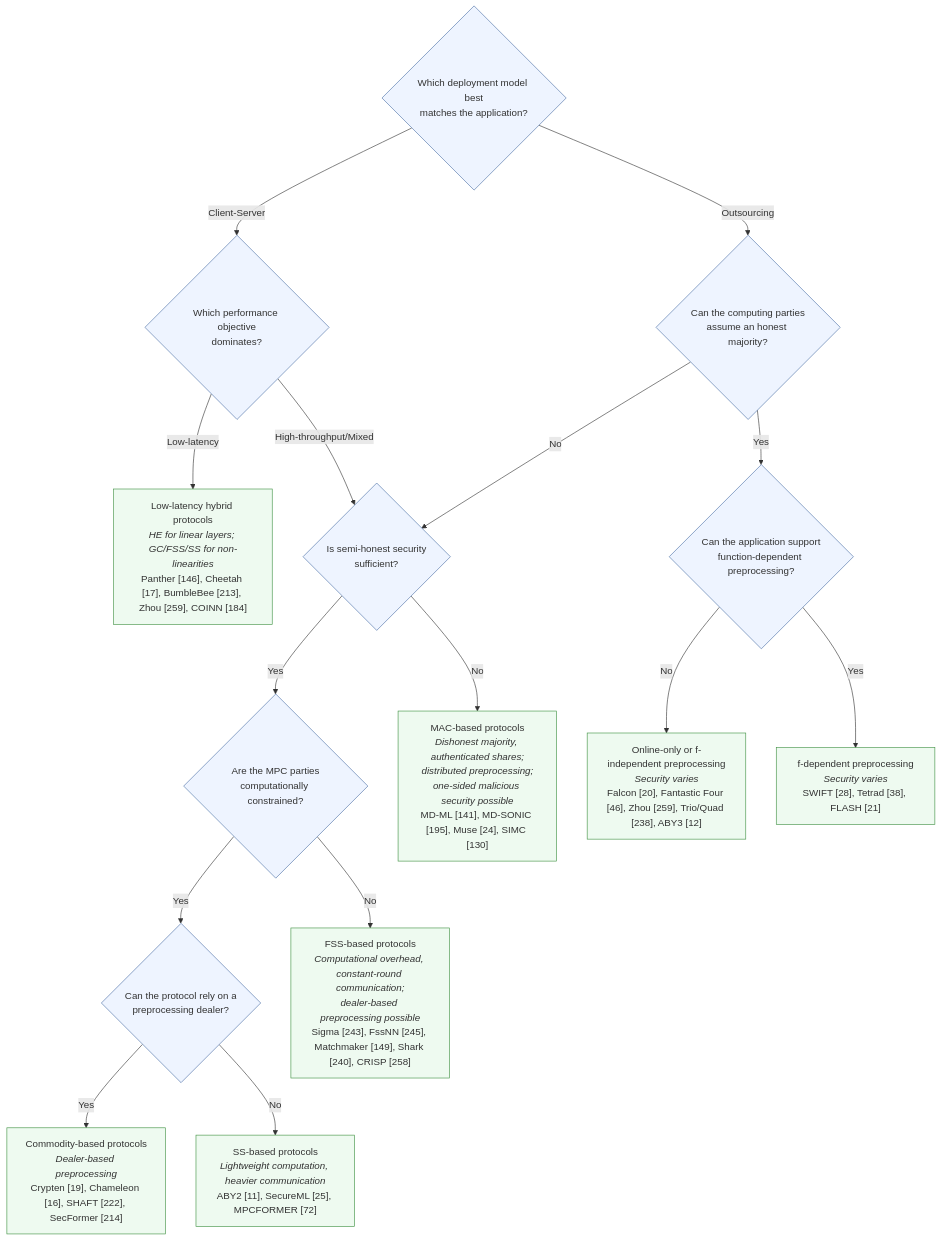
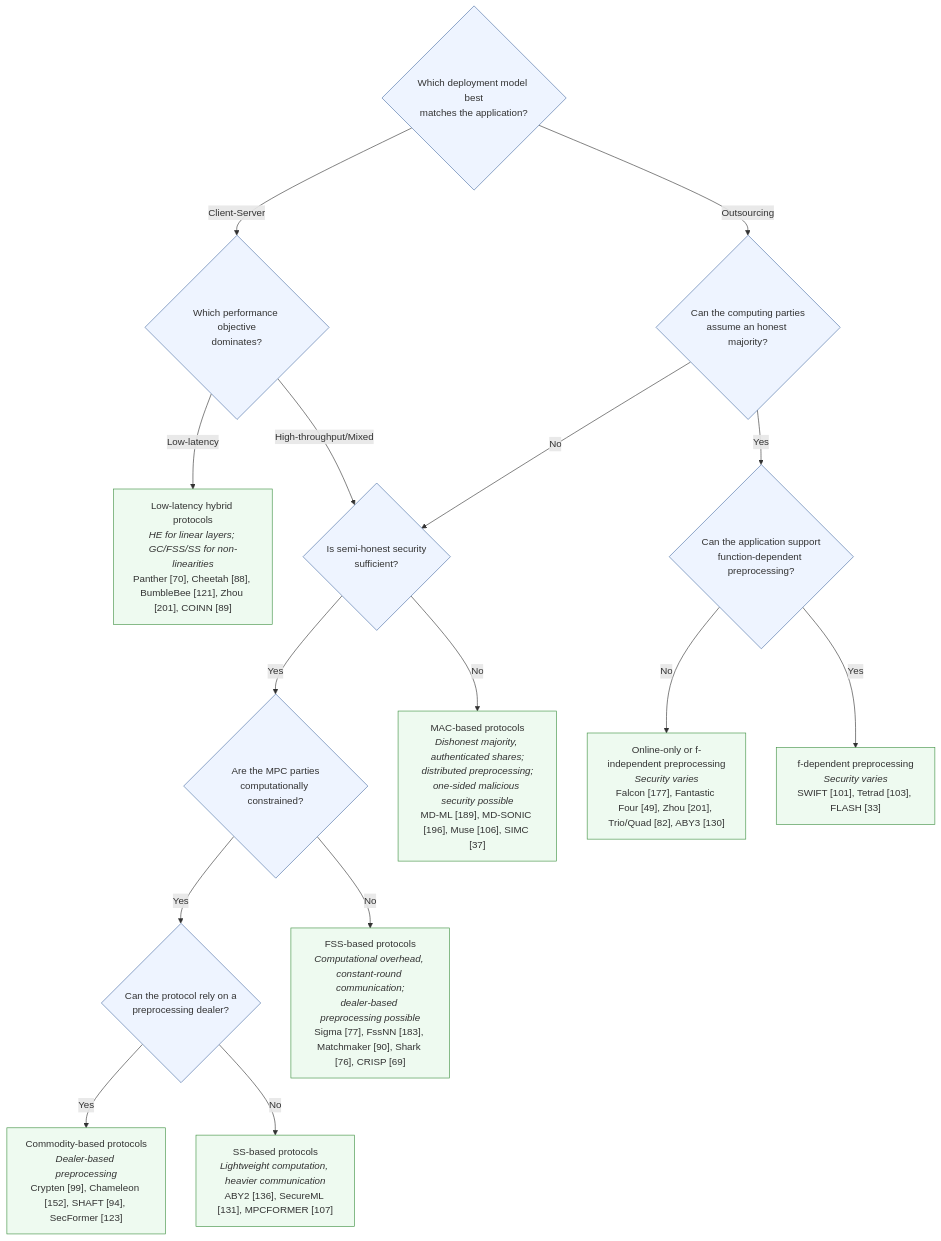
Before and after one commit to KULeuven-COSIC/sok-ppml-mpc-frameworks: the diagram in Tables/Decision-graph/decision-graph.md, drawn with Mermaid.

Commit message:
Fix stale citation numbers in the decision graph's mermaid diagram (#37)
The renumbering in the previous commit only updated markdown-style
citation links [N](path#key). The decision graph's mermaid flowchart
embeds plain-text "Name [N]" labels inside node text (mermaid can't
render markdown links), which don't match that pattern and don't
resolve to an anchor either, so the CI validator's anchor check can't
catch this class of staleness.

Resolved each of the 29 affected labels by looking up its framework
name against the current Bibliography/references.md and updating to
the matching entry's new number: Panther, Cheetah, BumbleBee, Zhou,
COINN, MD-ML, MD-SONIC, Muse, SIMC, Falcon, Fantastic Four, Trio/Quad,
ABY3, SWIFT, Tetrad, FLASH, Sigma, FssNN, Matchmaker, Shark, CRISP,
Crypten, Chameleon, SHAFT, SecFormer, ABY2, SecureML, MPCFORMER.

Confirmed Tables/Genealogy/genealogy.md's mermaid diagram has no
similar plain-text citation numbers (its node labels only carry years,
not bibliography numbers), so no change needed there.

````diff
--- a/Tables/Decision-graph/decision-graph.md
+++ b/Tables/Decision-graph/decision-graph.md
@@ -17,37 +17,37 @@
 ```mermaid
 flowchart TD
     ROOT{"Which deployment model best<br/>matches the application?"}
     THROUGHPUT{"Which performance objective<br/>dominates?"}
     HM{"Can the computing parties<br/>assume an honest majority?"}
-    HYBRID["Low-latency hybrid protocols<br/><i>HE for linear layers; GC/FSS/SS for non-linearities</i><br/>Panther [146], Cheetah [17], BumbleBee [213], Zhou [259], COINN [184]"]
+    HYBRID["Low-latency hybrid protocols<br/><i>HE for linear layers; GC/FSS/SS for non-linearities</i><br/>Panther [70], Cheetah [88], BumbleBee [121], Zhou [201], COINN [89]"]
     SH{"Is semi-honest security<br/>sufficient?"}
     OFFLINE{"Can the application support<br/>function-dependent preprocessing?"}
     RESTRICTED{"Are the MPC parties<br/>computationally constrained?"}
-    MAC["MAC-based protocols<br/><i>Dishonest majority, authenticated shares;<br/>distributed preprocessing;<br/>one-sided malicious security possible</i><br/>MD-ML [141], MD-SONIC [195], Muse [24], SIMC [130]"]
-    LOWSEC["Online-only or f-independent preprocessing<br/><i>Security varies</i><br/>Falcon [20], Fantastic Four [46], Zhou [259], Trio/Quad [238], ABY3 [12]"]
-    AFR["f-dependent preprocessing<br/><i>Security varies</i><br/>SWIFT [28], Tetrad [38], FLASH [21]"]
+    MAC["MAC-based protocols<br/><i>Dishonest majority, authenticated shares;<br/>distributed preprocessing;<br/>one-sided malicious security possible</i><br/>MD-ML [189], MD-SONIC [196], Muse [106], SIMC [37]"]
+    LOWSEC["Online-only or f-independent preprocessing<br/><i>Security varies</i><br/>Falcon [177], Fantastic Four [49], Zhou [201], Trio/Quad [82], ABY3 [130]"]
+    AFR["f-dependent preprocessing<br/><i>Security varies</i><br/>SWIFT [101], Tetrad [103], FLASH [33]"]
     DEALER{"Can the protocol rely on a<br/>preprocessing dealer?"}
-    FSS["FSS-based protocols<br/><i>Computational overhead, constant-round communication;<br/>dealer-based preprocessing possible</i><br/>Sigma [243], FssNN [245], Matchmaker [149], Shark [240], CRISP [258]"]
-    COMMODITY["Commodity-based protocols<br/><i>Dealer-based preprocessing</i><br/>Crypten [19], Chameleon [16], SHAFT [222], SecFormer [214]"]
-    SS["SS-based protocols<br/><i>Lightweight computation, heavier communication</i><br/>ABY2 [11], SecureML [25], MPCFORMER [72]"]
+    FSS["FSS-based protocols<br/><i>Computational overhead, constant-round communication;<br/>dealer-based preprocessing possible</i><br/>Sigma [77], FssNN [183], Matchmaker [90], Shark [76], CRISP [69]"]
+    COMMODITY["Commodity-based protocols<br/><i>Dealer-based preprocessing</i><br/>Crypten [99], Chameleon [152], SHAFT [94], SecFormer [123]"]
+    SS["SS-based protocols<br/><i>Lightweight computation, heavier communication</i><br/>ABY2 [136], SecureML [131], MPCFORMER [107]"]
 
     ROOT -->|Client-Server| THROUGHPUT
     ROOT -->|Outsourcing| HM
     THROUGHPUT -->|Low-latency| HYBRID
     THROUGHPUT -->|"High-throughput/Mixed"| SH
     HM -->|No| SH
     HM -->|Yes| OFFLINE
     SH -->|Yes| RESTRICTED
     SH -->|No| MAC
     OFFLINE -->|No| LOWSEC
     OFFLINE -->|Yes| AFR
     RESTRICTED -->|No| FSS
     RESTRICTED -->|Yes| DEALER
     DEALER -->|Yes| COMMODITY
     DEALER -->|No| SS
 
     classDef decision fill:#eef4ff,stroke:#4a6fa5,stroke-width:1px;
     classDef leaf fill:#eefaf0,stroke:#3f9142,stroke-width:1px;
     class ROOT,THROUGHPUT,HM,SH,OFFLINE,RESTRICTED,DEALER decision;
     class HYBRID,MAC,LOWSEC,AFR,FSS,COMMODITY,SS leaf;
 ```
````
